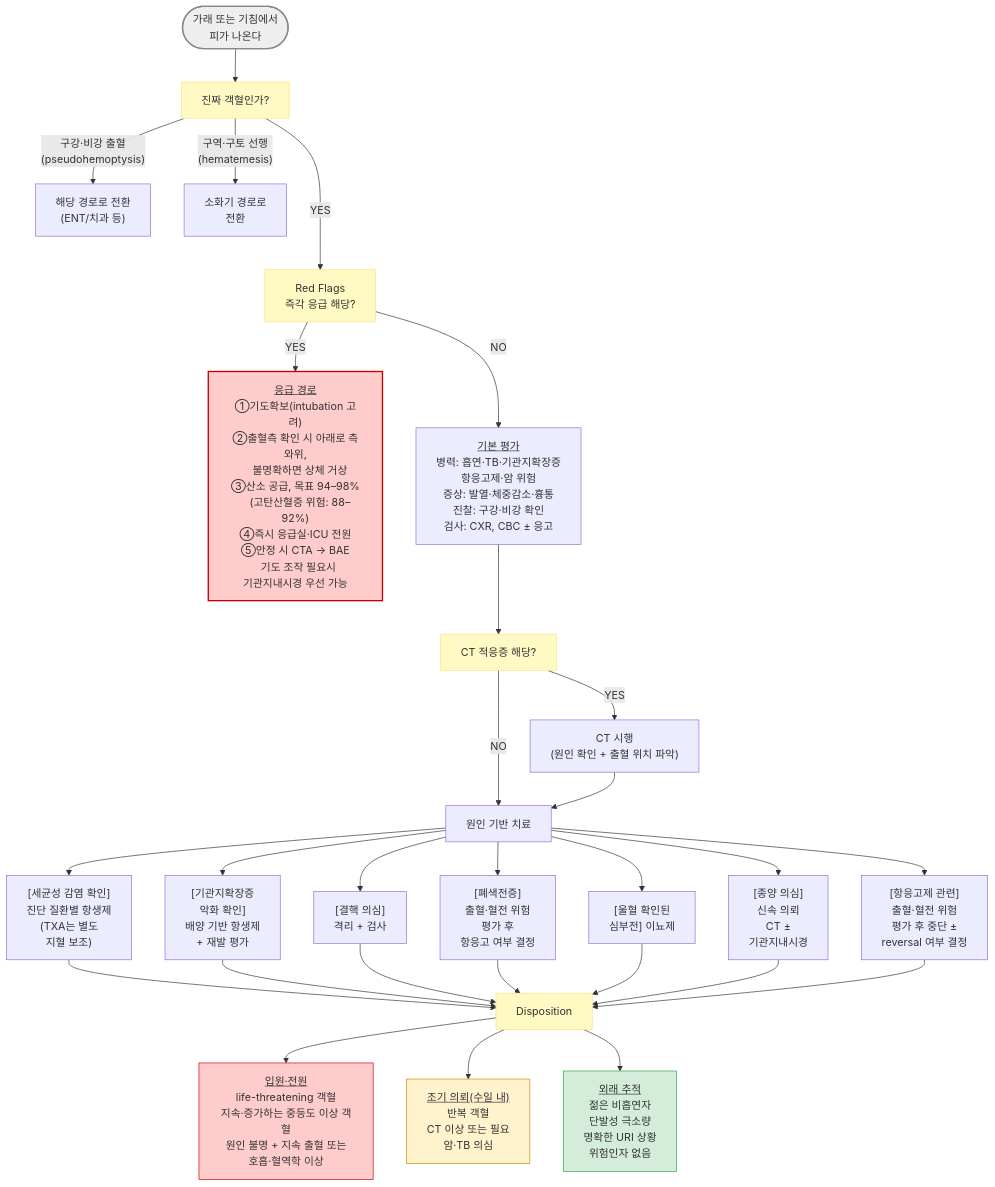
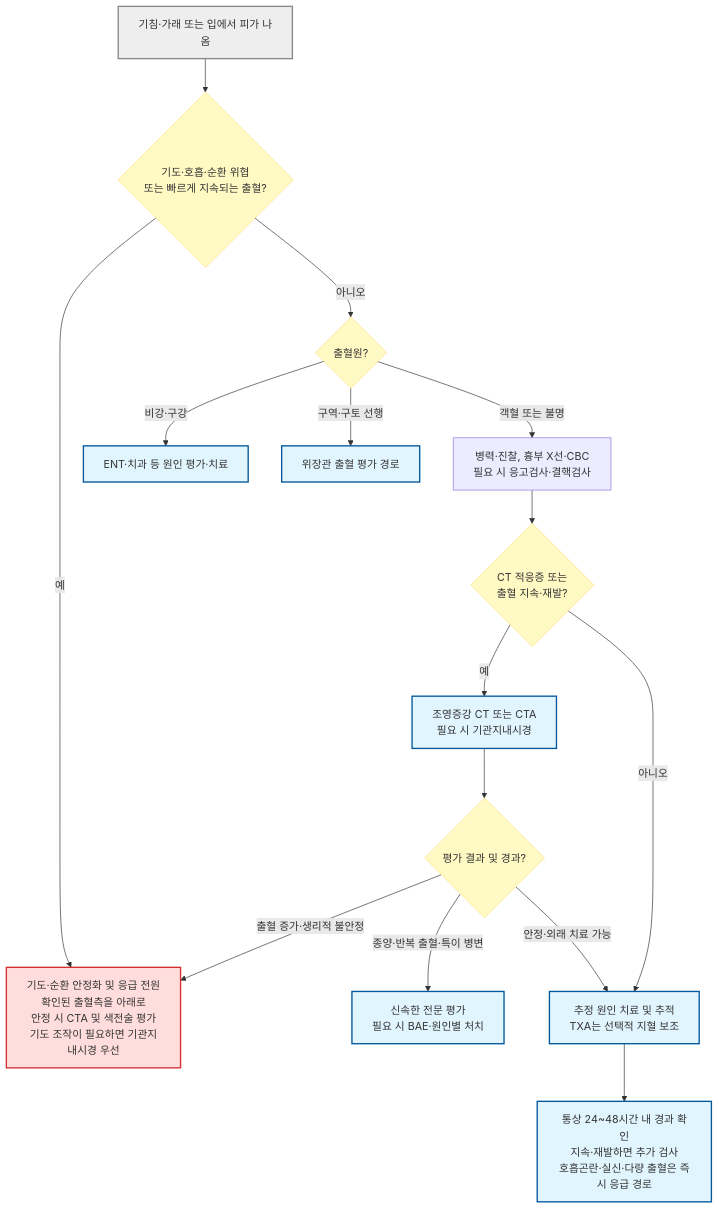
The diagram in 220_/008_-hemoptysis.md (familyoh77/familyoh77), drawn with Mermaid before and after one commit. The commit also changed other lines of this file and 13 other files, not shown here.

````diff
--- a/220_/008_-hemoptysis.md
+++ b/220_/008_-hemoptysis.md
@@ -101,37 +103,23 @@
 ```mermaid
-graph TD
-    A(["가래 또는 기침에서 <br/>피가 나온다"]) --> B["진짜 객혈인가?"]
-    B -- "구강·비강 출혈<br/>(pseudohemoptysis)" --> C["해당 경로로 전환<br/>(ENT/치과 등)"]
-    B -- "구역·구토 선행<br/>(hematemesis)" --> D["소화기 경로로<br/> 전환"]
-    B -- "YES" ---> E["Red Flags<br/>즉각 응급 해당?"]
-    E -- "YES" --> F["<u>응급 경로</u><br/>①기도확보(intubation 고려)<br/>②출혈측 확인 시 아래로 측와위,<br/>   불명확하면 상체 거상<br/>③산소 공급, 목표 94–98%<br/>   (고탄산혈증 위험: 88–92%)<br/>④즉시 응급실·ICU 전원<br/>⑤안정 시 CTA → BAE<br/>   기도 조작 필요시 <br/>기관지내시경 우선 가능"]
-    E -- "NO" --> G["<u>기본 평가</u><br/>병력: 흡연·TB·기관지확장증<br/>항응고제·암 위험<br/>증상: 발열·체중감소·흉통<br/>진찰: 구강·비강 확인<br/>검사: CXR, CBC ± 응고"]
-    G --> H["CT 적응증 해당?"]
-    H -- "YES" --> I["CT 시행<br/>(원인 확인 + 출혈 위치 파악)"]
-    H -- "NO" --> J["원인 기반 치료"]
-    I --> J
-    J --> J1["[세균성 감염 확인] <br/>진단 질환별 항생제<br/>(TXA는 별도 <br/>지혈 보조)"]
-    J --> J2["[기관지확장증 <br/>악화 확인] <br/>배양 기반 항생제<br/>+ 재발 평가"]
-    J --> J3["[결핵 의심] <br/>격리 + 검사"]
-    J --> J4["[폐색전증] <br/>출혈·혈전 위험 <br/>평가 후<br/>항응고 여부 결정"]
-    J --> J5["[울혈 확인된 <br/>심부전] 이뇨제"]
-    J --> J6["[종양 의심] <br/>신속 의뢰<br/>CT ± <br/>기관지내시경"]
-    J --> J7["[항응고제 관련] <br/>출혈·혈전 위험 <br/>평가 후 중단 ± <br/>reversal 여부 결정"]
-    J1 & J2 & J3 & J4 & J5 & J6 & J7 --> K["Disposition"]
-    K --> K1["<u>입원·전원</u><br/>life-threatening 객혈<br/>지속·증가하는 중등도 이상 객혈<br/>원인 불명 + 지속 출혈 또는<br/>호흡·혈역학 이상"]
-    K --> K2["<u>조기 의뢰(수일 내)</u><br/>반복 객혈<br/>CT 이상 또는 필요<br/>암·TB 의심"]
-    K --> K3["<u>외래 추적</u><br/>젊은 비흡연자<br/>단발성 극소량<br/>명확한 URI 상황<br/>위험인자 없음"]
-
-    classDef startNode fill:#eeeeee,stroke:#888888,stroke-width:2px
+flowchart TD
+    A["기침·가래 또는 입에서 피가 나옴"] --> E{"기도·호흡·순환 위협<br>또는 빠르게 지속되는 출혈?"}
+    E -- "예" --> F["기도·순환 안정화 및 응급 전원<br>확인된 출혈측을 아래로<br>안정 시 CTA 및 색전술 평가<br>기도 조작이 필요하면 기관지내시경 우선"]
+    E -- "아니오" --> B{"출혈원?"}
+    B -- "비강·구강" --> C["ENT·치과 등 원인 평가·치료"]
+    B -- "구역·구토 선행" --> D["위장관 출혈 평가 경로"]
+    B -- "객혈 또는 불명" --> G["병력·진찰, 흉부 X선·CBC<br>필요 시 응고검사·결핵검사"]
+    G --> H{"CT 적응증 또는<br>출혈 지속·재발?"}
+    H -- "예" --> I["조영증강 CT 또는 CTA<br>필요 시 기관지내시경"]
+    H -- "아니오" --> J["추정 원인 치료 및 추적<br>TXA는 선택적 지혈 보조"]
+    I --> K{"평가 결과 및 경과?"}
+    K -- "출혈 증가·생리적 불안정" --> F
+    K -- "종양·반복 출혈·특이 병변" --> R["신속한 전문 평가<br>필요 시 BAE·원인별 처치"]
+    K -- "안정·외래 치료 가능" --> J
+    J --> FU["통상 24~48시간 내 경과 확인<br>지속·재발하면 추가 검사<br>호흡곤란·실신·다량 출혈은 즉시 응급 경로"]
     classDef question fill:#fff9c4,stroke:#ffe082
-    classDef emergency fill:#ffcccc,stroke:#cc0000,stroke-width:2px
-    classDef admit fill:#ffcccc,stroke:#cc0000,stroke-width:1px
-    classDef urgent fill:#fff3cd,stroke:#cc8800,stroke-width:1px
-    classDef routine fill:#d4edda,stroke:#28a745,stroke-width:1px
-    class A startNode
-    class B,E,H,K question
-    class F emergency
-    class K1 admit
-    class K2 urgent
-    class K3 routine
+    classDef treatment fill:#e1f5fe,stroke:#01579b,stroke-width:2px
+    class E,B,H,K question
+    class C,D,I,J,R,FU treatment
+    style F fill:#ffdddd,stroke:#d32f2f,stroke-width:2px
+    style A fill:#eeeeee,stroke:#888888,stroke-width:2px
 ```
````
